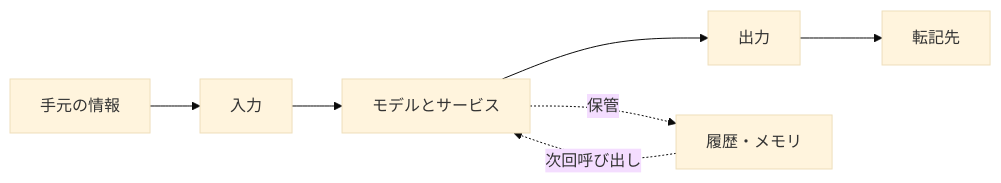
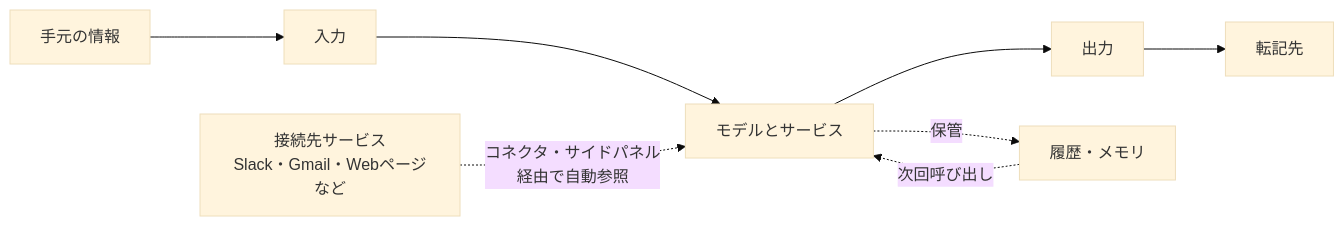
One commit to ma2saka/docs-claude-sample changed the first of 2 diagrams in docs/09-security-individual.md. Above: the diagram before and after it, drawn with Mermaid (base theme). The commit also changed other lines of this file, not shown here.

````diff
--- a/docs/09-security-individual.md
+++ b/docs/09-security-individual.md
@@ -25,9 +25,10 @@
 ```mermaid
 flowchart LR
     A[手元の情報] --> B[入力]
     B --> C[モデルとサービス]
     C --> D[出力]
     D --> E[転記先]
     C -.保管.-> F[履歴・メモリ]
     F -.次回呼び出し.-> C
+    G[接続先サービス<br/>Slack・Gmail・Webページなど] -.コネクタ・サイドパネル<br/>経由で自動参照.-> C
 ```
````
